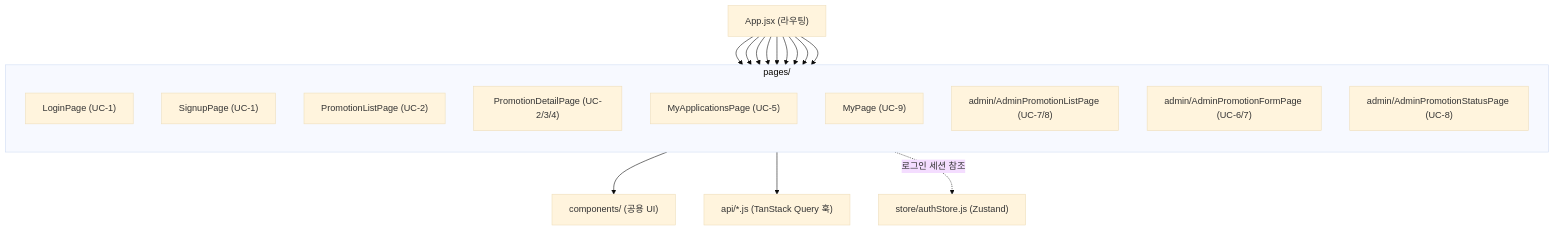
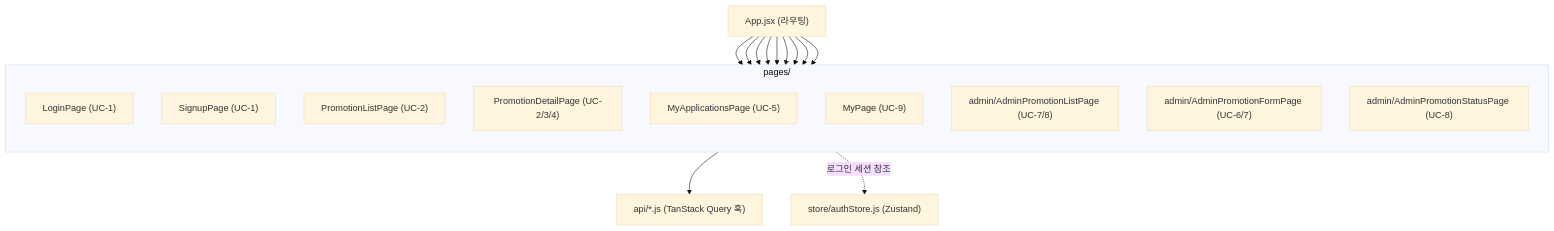
One commit to woniboni/B2B-Promo changed the second of 4 diagrams in docs/6-arch-diagram.md. Above: the diagram before and after it, drawn with Mermaid (base theme). The commit also changed other lines of this file and 7 other files, not shown here.

````diff
--- a/docs/6-arch-diagram.md
+++ b/docs/6-arch-diagram.md
@@ -53,27 +54,25 @@
 ```mermaid
 flowchart TB
   app["App.jsx (라우팅)"]
 
   subgraph pages["pages/"]
     direction TB
     login["LoginPage (UC-1)"]
     signup["SignupPage (UC-1)"]
     list["PromotionListPage (UC-2)"]
     detail["PromotionDetailPage (UC-2/3/4)"]
     myapp["MyApplicationsPage (UC-5)"]
     mypage["MyPage (UC-9)"]
     adminList["admin/AdminPromotionListPage (UC-7/8)"]
     adminForm["admin/AdminPromotionFormPage (UC-6/7)"]
     adminStatus["admin/AdminPromotionStatusPage (UC-8)"]
   end
 
-  components["components/ (공용 UI)"]
   api["api/*.js (TanStack Query 훅)"]
   store["store/authStore.js (Zustand)"]
 
   app --> login & signup & list & detail & myapp & mypage & adminList & adminForm & adminStatus
 
-  pages --> components
   pages --> api
   pages -.로그인 세션 참조.-> store
 ```
````
